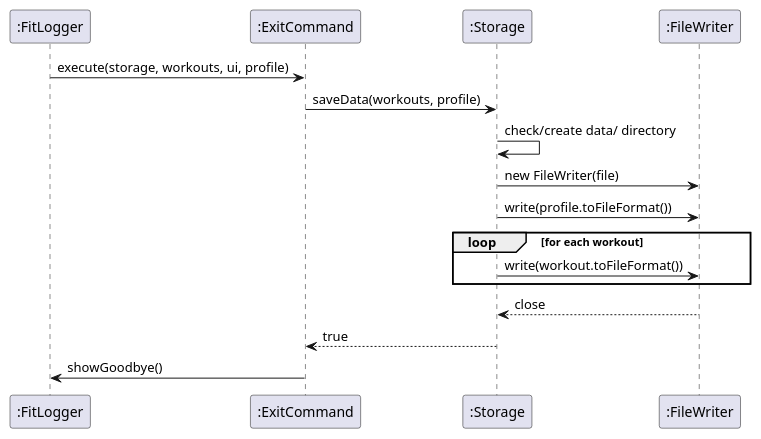
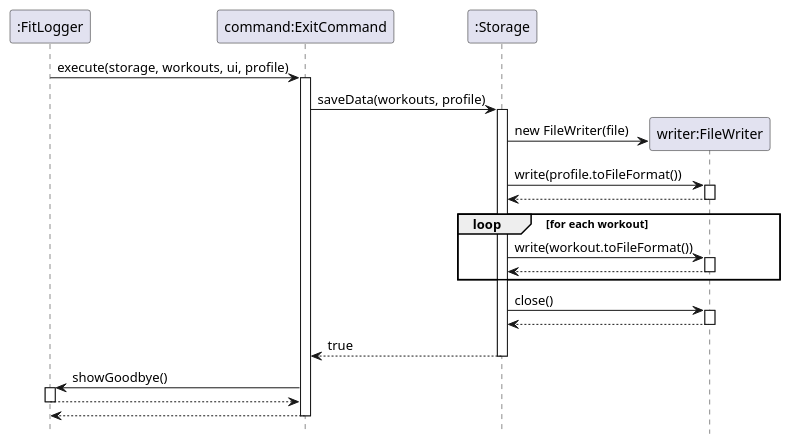
One commit to AY2526S2-CS2113-F09-1/tp changed the diagram in docs/diagrams/SaveDataSequenceDiagram.puml. Above: the diagram before and after it, drawn with PlantUML. The commit also changed 11 other files, not shown here.

Commit message:
Standardise UML diagrams

```diff
--- a/docs/diagrams/SaveDataSequenceDiagram.puml
+++ b/docs/diagrams/SaveDataSequenceDiagram.puml
@@ -1,18 +1,44 @@
 @startuml
+hide footbox
+
 participant ":FitLogger" as FL
-participant ":ExitCommand" as CMD
+participant "command:ExitCommand" as CMD
 participant ":Storage" as ST
-participant ":FileWriter" as FW
+participant "writer:FileWriter" as FW
 
 FL -> CMD : execute(storage, workouts, ui, profile)
+activate CMD
+
 CMD -> ST : saveData(workouts, profile)
-ST -> ST : check/create data/ directory
-ST -> FW : new FileWriter(file)
+activate ST
+
+ST -> FW ** : new FileWriter(file)
+
 ST -> FW : write(profile.toFileFormat())
+activate FW
+FW --> ST
+deactivate FW
+
 loop for each workout
     ST -> FW : write(workout.toFileFormat())
+    activate FW
+    FW --> ST
+    deactivate FW
 end
-FW --> ST : close
+
+ST -> FW : close()
+activate FW
+FW --> ST
+deactivate FW
+
 ST --> CMD : true
+deactivate ST
+
 CMD -> FL : showGoodbye()
+activate FL
+FL --> CMD
+deactivate FL
+
+CMD --> FL
+deactivate CMD
 @enduml
```
